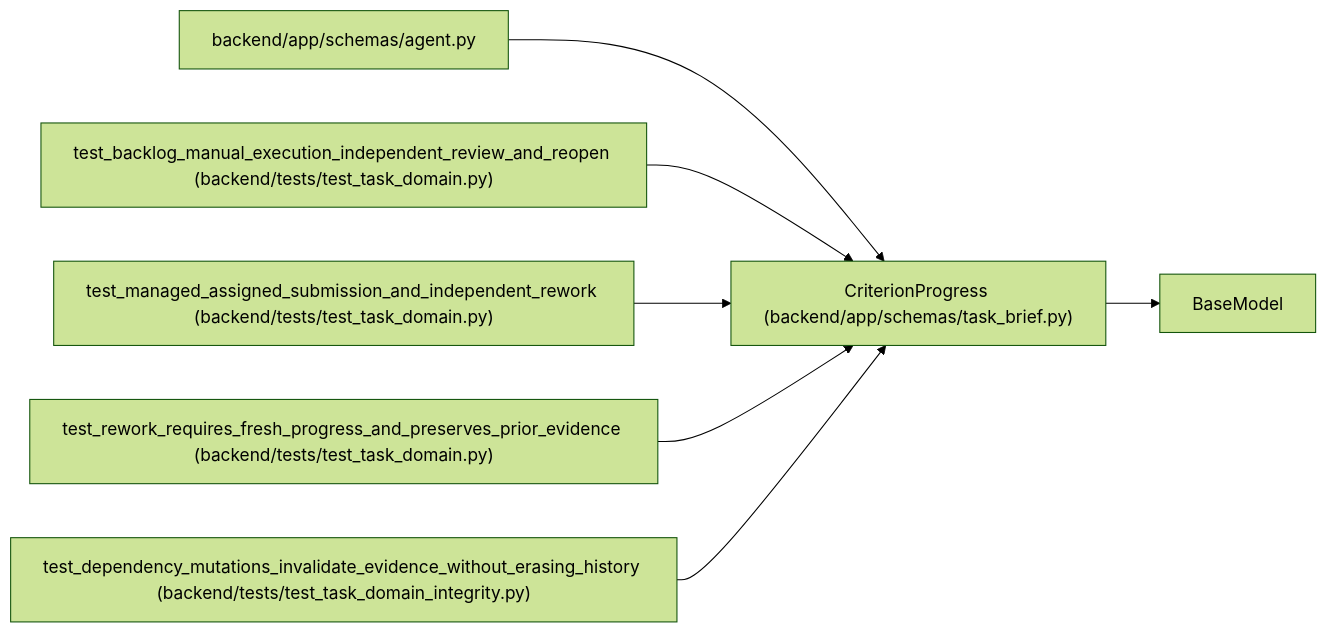
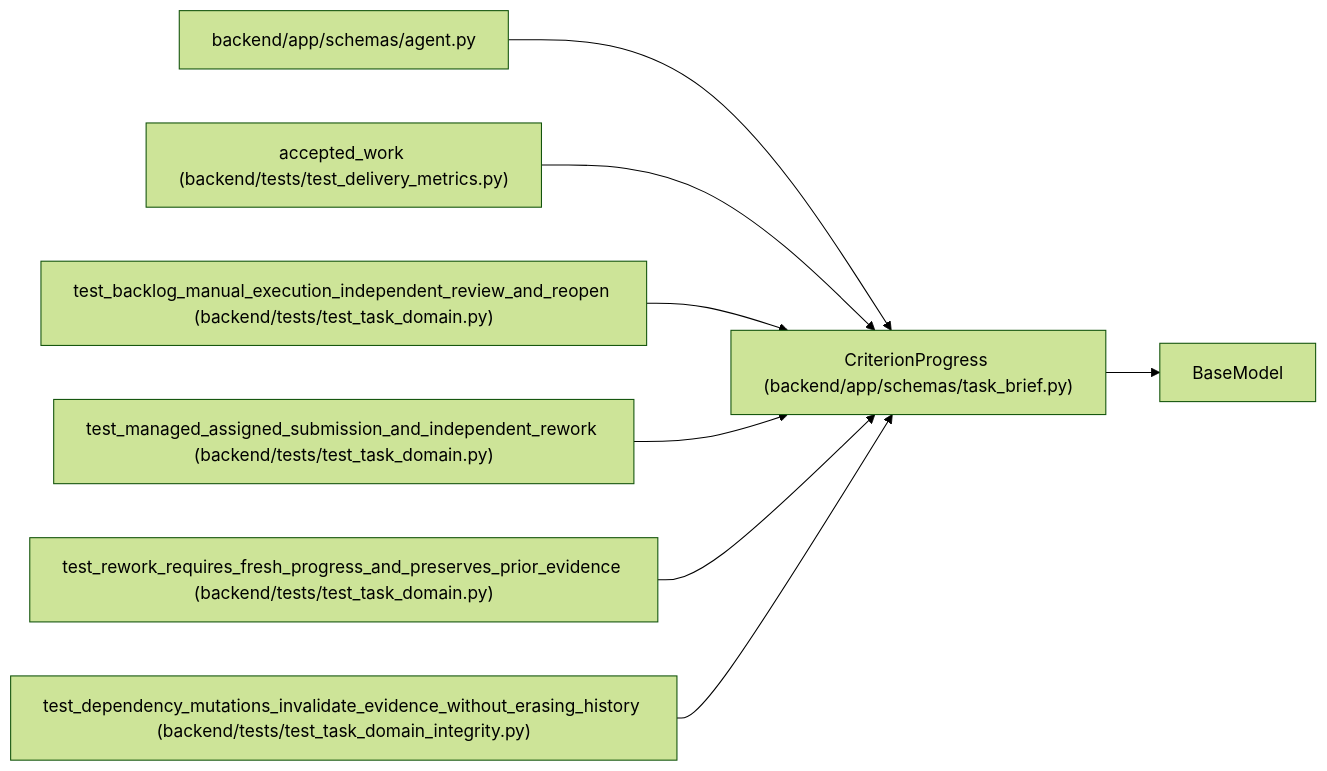
The diagram in docs/llm_wiki/entities/schemas_task_brief_CriterionProgress.md (Denissvgn/WorkChord), drawn with Mermaid (forest theme) before and after one commit. The commit also changed other lines of this file and 6624 other files, not shown here.

First line of the commit message:
Add verified Android workflows and external-agent execution evidence (#8)

````diff
--- a/docs/llm_wiki/entities/schemas_task_brief_CriterionProgress.md
+++ b/docs/llm_wiki/entities/schemas_task_brief_CriterionProgress.md
@@ -34,22 +34,25 @@
 ```mermaid
 flowchart LR
     n0["CriterionProgress (backend/app/schemas/task_brief.py)"]
     n1["BaseModel"]
     n2["backend/app/schemas/agent.py"]
-    n3["test_backlog_manual_execution_independent_review_and_reopen (backend/tests/test_task_domain.py)"]
-    n4["test_managed_assigned_submission_and_independent_rework (backend/tests/test_task_domain.py)"]
-    n5["test_rework_requires_fresh_progress_and_preserves_prior_evidence (backend/tests/test_task_domain.py)"]
-    n6["test_dependency_mutations_invalidate_evidence_without_erasing_history (backend/tests/test_task_domain_integrity.py)"]
+    n3["accepted_work (backend/tests/test_delivery_metrics.py)"]
+    n4["test_backlog_manual_execution_independent_review_and_reopen (backend/tests/test_task_domain.py)"]
+    n5["test_managed_assigned_submission_and_independent_rework (backend/tests/test_task_domain.py)"]
+    n6["test_rework_requires_fresh_progress_and_preserves_prior_evidence (backend/tests/test_task_domain.py)"]
+    n7["test_dependency_mutations_invalidate_evidence_without_erasing_history (backend/tests/test_task_domain_integrity.py)"]
     n0 --> n1
     n2 --> n0
     n3 --> n0
     n4 --> n0
     n5 --> n0
     n6 --> n0
+    n7 --> n0
     click n0 "../modules/schemas_task_brief.md"
     click n2 "../modules/schemas_agent.md"
-    click n3 "../modules/test_task_domain.md"
+    click n3 "../modules/test_delivery_metrics.md"
     click n4 "../modules/test_task_domain.md"
     click n5 "../modules/test_task_domain.md"
-    click n6 "../modules/test_task_domain_integrity.md"
+    click n6 "../modules/test_task_domain.md"
+    click n7 "../modules/test_task_domain_integrity.md"
 ```
````
